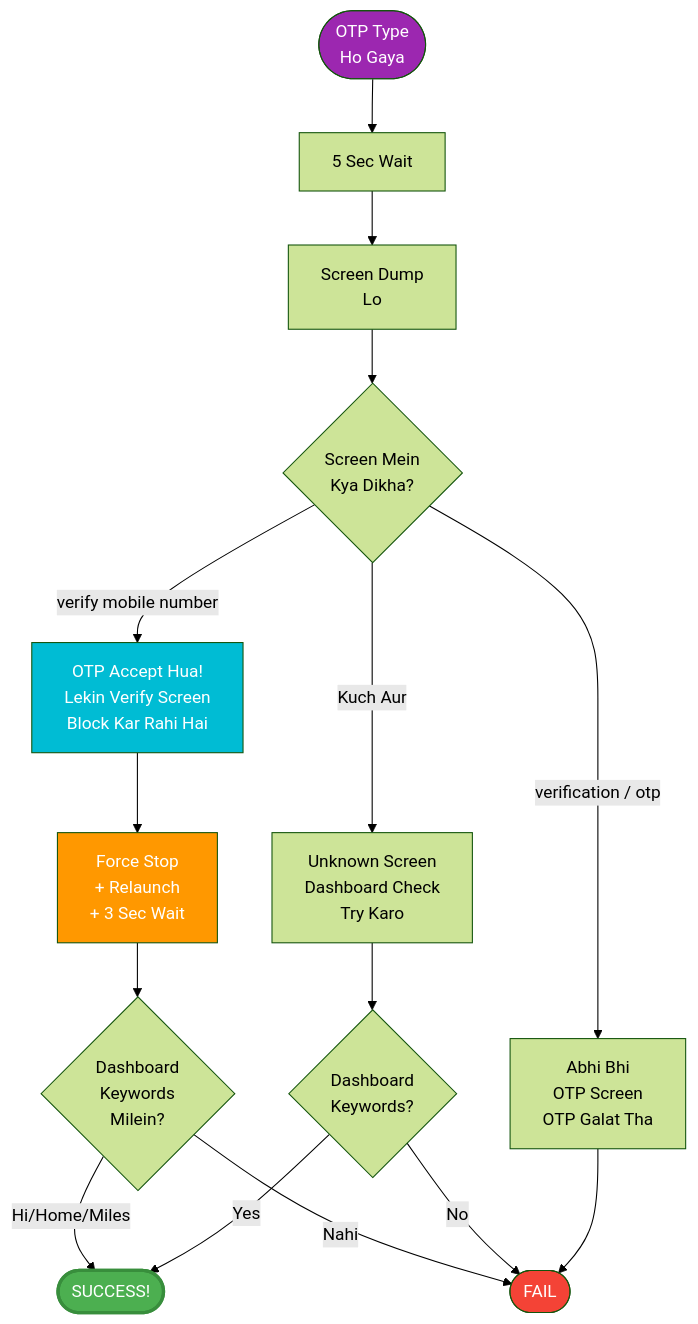
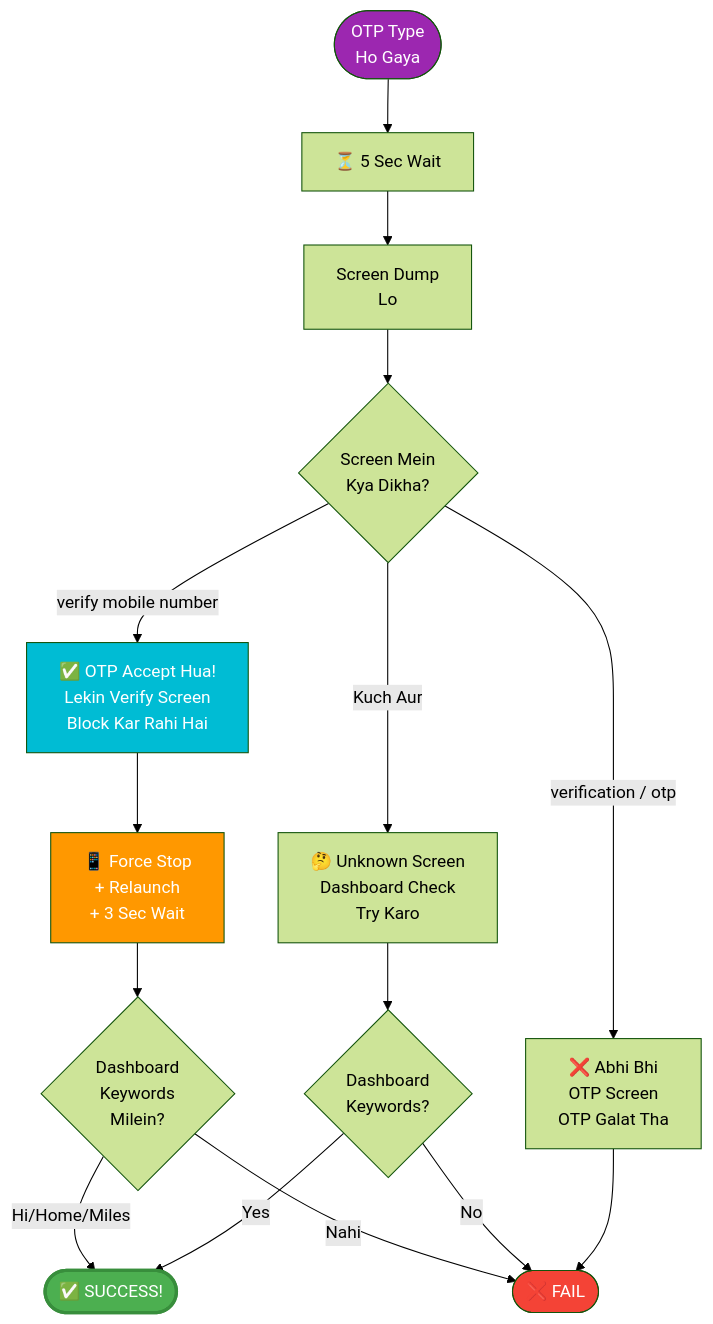
The fourth of 4 diagrams in FLOW.md (akarshlkosri-hub/saudiaautomation), drawn with Mermaid (forest theme) before and after one commit. The commit also changed other lines of this file and 15 other files, not shown here.

Commit message:
feat(saudia-automation): update flow, phone control, and dump scripts

````diff
--- a/FLOW.md
+++ b/FLOW.md
@@ -148,27 +498,27 @@
 ```mermaid
 flowchart TD
-    OTP_DONE(["OTP Type\nHo Gaya"]) --> WAIT_5["5 Sec Wait"]
-    WAIT_5 --> DUMP["Screen Dump\nLo"]
-    DUMP --> CHECK{"Screen Mein\nKya Dikha?"}
+    OTP_DONE(["OTP Type<br/>Ho Gaya"]) --> WAIT_5["⏳ 5 Sec Wait"]
+    WAIT_5 --> DUMP["Screen Dump<br/>Lo"]
+    DUMP --> CHECK{"Screen Mein<br/>Kya Dikha?"}
 
-    CHECK -->|verify mobile number| PATH_A["OTP Accept Hua!\nLekin Verify Screen\nBlock Kar Rahi Hai"]
-    CHECK -->|verification / otp| PATH_B["Abhi Bhi\nOTP Screen\nOTP Galat Tha"]
-    CHECK -->|Kuch Aur| PATH_C["Unknown Screen\nDashboard Check\nTry Karo"]
+    CHECK -->|verify mobile number| PATH_A["✅ OTP Accept Hua!<br/>Lekin Verify Screen<br/>Block Kar Rahi Hai"]
+    CHECK -->|verification / otp| PATH_B["❌ Abhi Bhi<br/>OTP Screen<br/>OTP Galat Tha"]
+    CHECK -->|Kuch Aur| PATH_C["🤔 Unknown Screen<br/>Dashboard Check<br/>Try Karo"]
 
-    PATH_A --> RESTART["Force Stop\n+ Relaunch\n+ 3 Sec Wait"]
-    RESTART --> DASH_CHECK{"Dashboard\nKeywords\nMilein?"}
-    DASH_CHECK -->|Hi/Home/Miles| WIN(["SUCCESS!"])
-    DASH_CHECK -->|Nahi| LOSE(["FAIL"])
+    PATH_A --> RESTART["📱 Force Stop<br/>+ Relaunch<br/>+ 3 Sec Wait"]
+    RESTART --> DASH_CHECK{"Dashboard<br/>Keywords<br/>Milein?"}
+    DASH_CHECK -->|Hi/Home/Miles| WIN(["✅ SUCCESS!"])
+    DASH_CHECK -->|Nahi| LOSE(["❌ FAIL"])
 
-    PATH_C --> DASH_CHECK2{"Dashboard\nKeywords?"}
+    PATH_C --> DASH_CHECK2{"Dashboard<br/>Keywords?"}
     DASH_CHECK2 -->|Yes| WIN
     DASH_CHECK2 -->|No| LOSE
 
     PATH_B --> LOSE
 
     style OTP_DONE fill:#9C27B0,color:white
     style WIN fill:#4CAF50,color:white,stroke:#388E3C,stroke-width:3px
     style LOSE fill:#f44336,color:white
     style PATH_A fill:#00BCD4,color:white
     style RESTART fill:#FF9800,color:white
 ```
````
